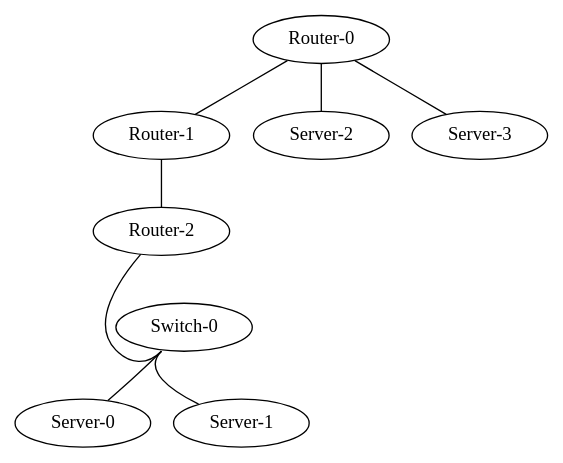
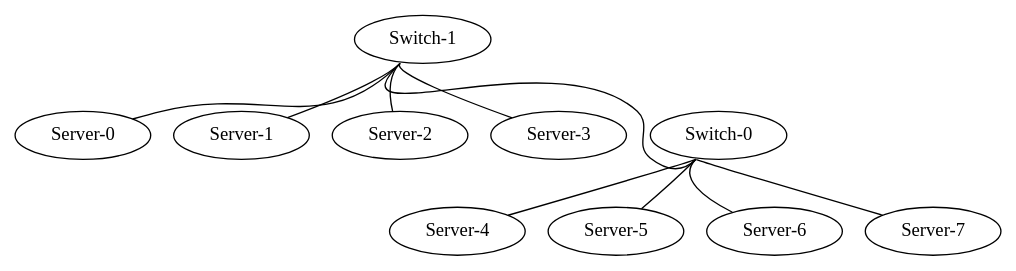
One commit to matferronato/TopologyGen changed the diagram in TopologyGen/TopologyInfo/topology.dot. Above: the diagram before and after it, drawn with Graphviz. The commit also changed 187 other files, not shown here.

```diff
--- a/TopologyGen/TopologyInfo/topology.dot
+++ b/TopologyGen/TopologyInfo/topology.dot
@@ -1,17 +1,21 @@
 graph vx {
-"Router-0" [function="leaf" vagrant="eth1" os="hashicorp/bionic64" version="1.0.282" memory="500" config="./helper_scripts/config_production_switch.sh" ]
-"Router-1" [function="leaf" vagrant="eth1" os="hashicorp/bionic64" version="1.0.282" memory="500" config="./helper_scripts/config_production_switch.sh" ]
-"Router-2" [function="leaf" vagrant="eth1" os="hashicorp/bionic64" version="1.0.282" memory="500" config="./helper_scripts/config_production_switch.sh" ]
 "Server-0" [function="leaf" vagrant="eth1" os="hashicorp/bionic64" version="1.0.282" memory="500" config="./helper_scripts/config_production_switch.sh" ]
 "Server-1" [function="leaf" vagrant="eth1" os="hashicorp/bionic64" version="1.0.282" memory="500" config="./helper_scripts/config_production_switch.sh" ]
 "Server-2" [function="leaf" vagrant="eth1" os="hashicorp/bionic64" version="1.0.282" memory="500" config="./helper_scripts/config_production_switch.sh" ]
 "Server-3" [function="leaf" vagrant="eth1" os="hashicorp/bionic64" version="1.0.282" memory="500" config="./helper_scripts/config_production_switch.sh" ]
+"Server-4" [function="leaf" vagrant="eth1" os="hashicorp/bionic64" version="1.0.282" memory="500" config="./helper_scripts/config_production_switch.sh" ]
+"Server-5" [function="leaf" vagrant="eth1" os="hashicorp/bionic64" version="1.0.282" memory="500" config="./helper_scripts/config_production_switch.sh" ]
+"Server-6" [function="leaf" vagrant="eth1" os="hashicorp/bionic64" version="1.0.282" memory="500" config="./helper_scripts/config_production_switch.sh" ]
+"Server-7" [function="leaf" vagrant="eth1" os="hashicorp/bionic64" version="1.0.282" memory="500" config="./helper_scripts/config_production_switch.sh" ]
 "Switch-0" [function="leaf" vagrant="eth1" os="hashicorp/bionic64" version="1.0.282" memory="500" config="./helper_scripts/config_production_switch.sh" ]
-"Switch-0":"swp1" -- "Server-1":"eth50"
-"Switch-0":"swp2" -- "Server-0":"eth50"
-"Router-2":"eth50" -- "Switch-0":"swp100"
-"Router-0":"eth1" -- "Server-2":"eth100"
-"Router-1":"eth100" -- "Router-2":"eth100"
-"Router-0":"eth100" -- "Router-1":"eth101"
-"Router-0":"eth2" -- "Server-3":"eth100"
+"Switch-1" [function="leaf" vagrant="eth1" os="hashicorp/bionic64" version="1.0.282" memory="500" config="./helper_scripts/config_production_switch.sh" ]
+"Switch-0":"swp1" -- "Server-7":"eth50"
+"Switch-0":"swp2" -- "Server-6":"eth50"
+"Switch-0":"swp3" -- "Server-5":"eth50"
+"Switch-0":"swp4" -- "Server-4":"eth50"
+"Switch-1":"swp1" -- "Server-3":"eth50"
+"Switch-1":"swp2" -- "Server-2":"eth50"
+"Switch-1":"swp3" -- "Server-1":"eth50"
+"Switch-1":"swp4" -- "Server-0":"eth50"
+"Switch-1":"swp50" -- "Switch-0":"swp50"
 }
```
